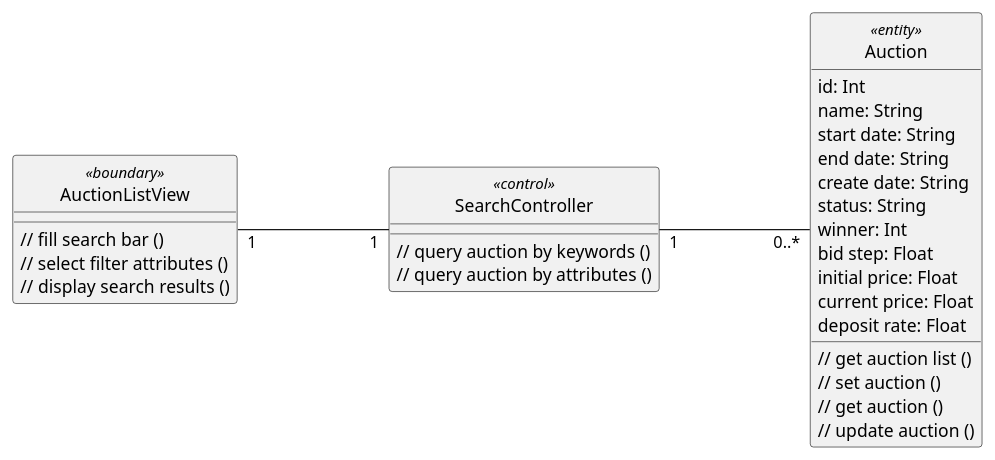
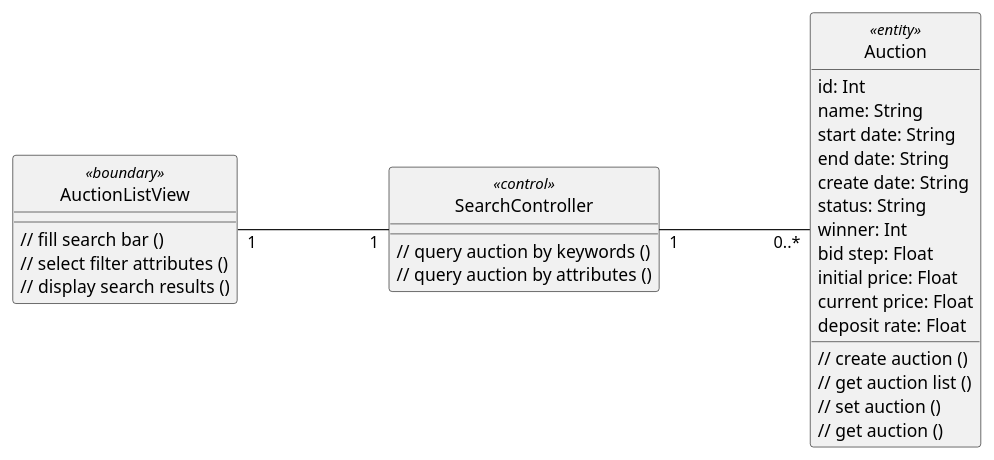
The diagram in uml/analysis/class/search_for_auction.pu (anhbanlinhle/velocity-exchange), drawn with PlantUML before and after one commit. The commit also changed 4 other files, not shown here.

```diff
--- a/uml/analysis/class/search_for_auction.pu
+++ b/uml/analysis/class/search_for_auction.pu
@@ -1,46 +1,46 @@
 @startuml 
 skinparam classAttributeIconSize 0
 skinparam linetype ortho
 left to right direction
 hide circle
 class AuctionListView <<boundary>> {
 
     // fill search bar ()
     // select filter attributes ()
     // display search results ()
 
     }
 
 class SearchController <<control>> {
     
     // query auction by keywords ()
     // query auction by attributes ()
 
     }
 
 class Auction <<entity>> {
     id: Int
     name: String
     start date: String
     end date: String
     create date: String
     status: String
     winner: Int
     bid step: Float
     initial price: Float
     current price: Float
     deposit rate: Float
+    // create auction ()
     // get auction list ()
     // set auction ()
     // get auction ()
-    // update auction ()
 
     }
 
 
 AuctionListView "1" --- "1" SearchController
 
 SearchController "1" --- "0..*" Auction
 
 
 @enduml
```
